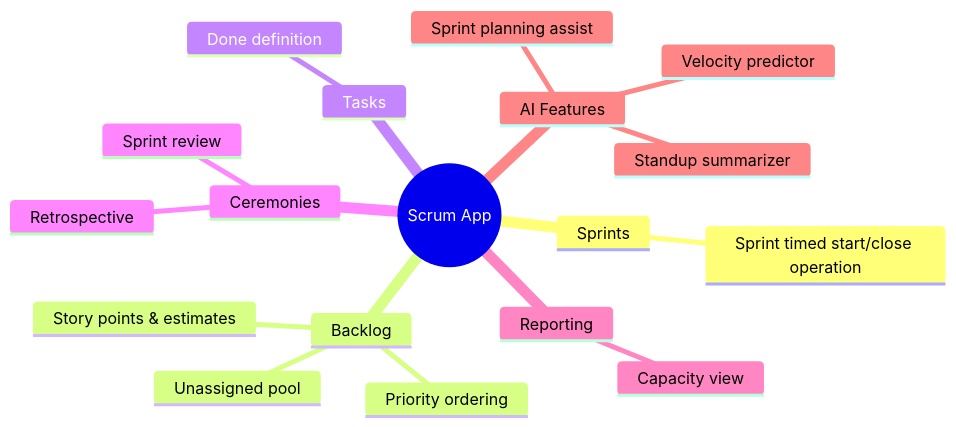
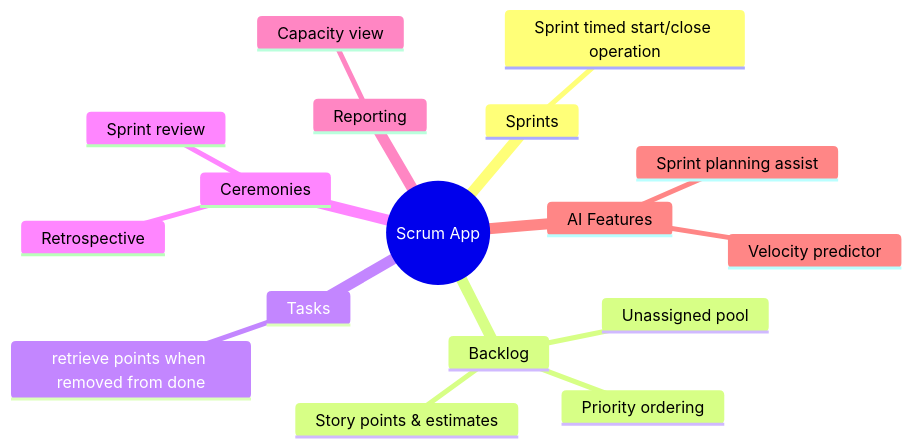
Before and after one commit to moad-cher/PFE: the diagram in README.md, drawn with Mermaid. The commit also changed other lines of this file and 6 other files, not shown here.

Commit message:
feat: enhance pop up visibility and add TimelineSlider component

````diff
--- a/README.md
+++ b/README.md
@@ -99,39 +103,39 @@
 ```mermaid
 mindmap
   root((Scrum App))
     %% Users & Org
       %% Departments
       %% organization structure mechanics
       %% Roles & permissions
       %% HR access scope
     %% Projects
       %% scrum mode only
       %% 1 Team per project
       %% Project manager ownership transfer
     Sprints
       %% Sprint state machine
       %% Incomplete stories
       Sprint timed start/close operation
     Backlog
       Story points & estimates
       Priority ordering
       Unassigned pool
     Tasks
+      retrieve points when removed from done
       %% State machine
       %% Assignee
-      Done definition
+      %% Done definition
     Ceremonies
       %% Sprint planning
       Sprint review
       Retrospective
     Reporting
       %% team workload
       %% Burndown chart
       %% Velocity history
       Capacity view
     AI Features
       Sprint planning assist
-      Standup summarizer
       Velocity predictor
       %% Assignee suggester
 ```
````
